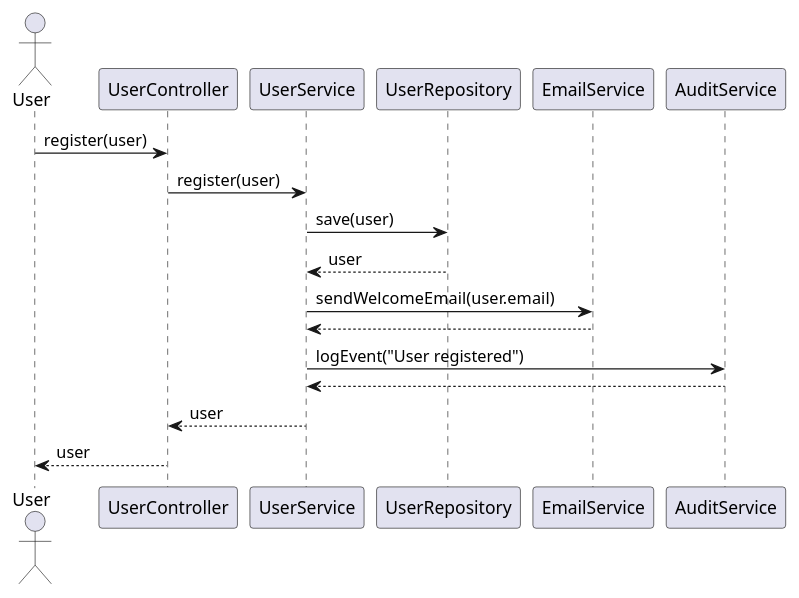
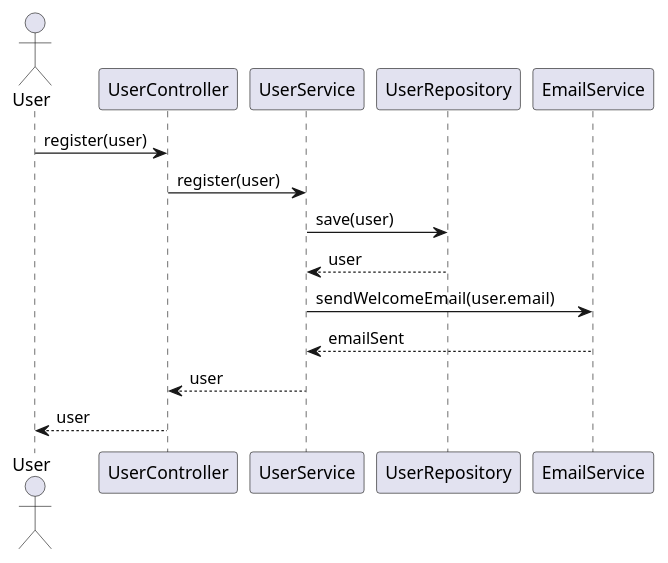
Before and after one commit to shreya-cn/autodev.ai: the first of 5 diagrams in identityprovider/documentation/detaileddesign.adoc, drawn with PlantUML. The commit also changed other lines of this file and 3 other files, not shown here.

````diff
--- a/identityprovider/documentation/detaileddesign.adoc
+++ b/identityprovider/documentation/detaileddesign.adoc
@@ -297,21 +286,19 @@
-```plantuml
+[plantuml, user-registration-sequence, png]
+----
 @startuml
 actor User
-participant UserController
-participant UserService
-participant UserRepository
-participant EmailService
-participant AuditService
+participant "UserController" as UC
+participant "UserService" as US
+participant "UserRepository" as UR
+participant "EmailService" as ES
 
-User -> UserController : register(user)
-UserController -> UserService : register(user)
-UserService -> UserRepository : save(user)
-UserRepository --> UserService : user
-UserService -> EmailService : sendWelcomeEmail(user.email)
-EmailService --> UserService
-UserService -> AuditService : logEvent("User registered")
-AuditService --> UserService
-UserService --> UserController : user
-UserController --> User : user
+User -> UC : register(user)
+UC -> US : register(user)
+US -> UR : save(user)
+UR --> US : user
+US -> ES : sendWelcomeEmail(user.email)
+ES --> US : emailSent
+US --> UC : user
+UC --> User : user
 @enduml
-```
+----
````
